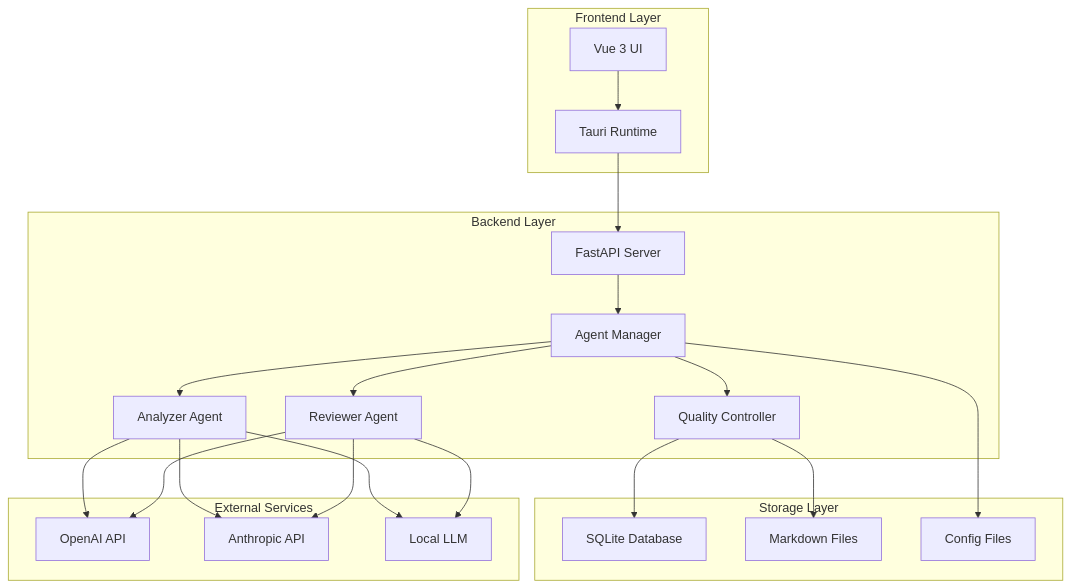
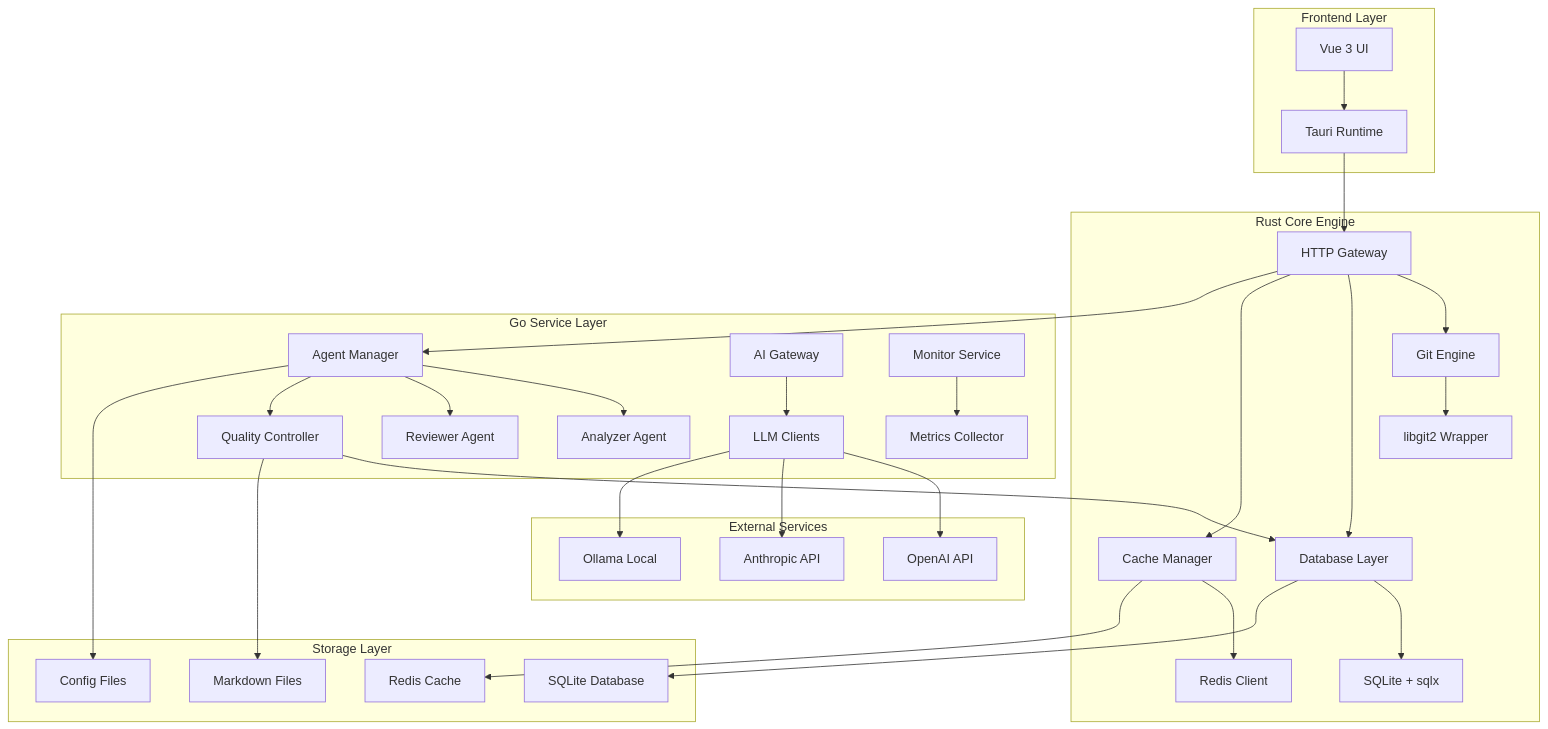
One commit to keliveshd/GitMentor changed the first of 3 diagrams in docs/technical-architecture-design.md. Above: the diagram before and after it, drawn with Mermaid. The commit also changed other lines of this file and 197 other files, not shown here.

````diff
--- a/docs/technical-architecture-design.md
+++ b/docs/technical-architecture-design.md
@@ -17,36 +17,47 @@
 ```mermaid
 graph TB
     subgraph "Frontend Layer"
         A[Vue 3 UI] --> B[Tauri Runtime]
     end
-    
-    subgraph "Backend Layer"
-        C[FastAPI Server] --> D[Agent Manager]
-        D --> E[Analyzer Agent]
-        D --> F[Reviewer Agent]
-        D --> G[Quality Controller]
+
+    subgraph "Rust Core Engine"
+        C[HTTP Gateway] --> D[Git Engine]
+        C --> E[Database Layer]
+        C --> F[Cache Manager]
+        D --> G[libgit2 Wrapper]
+        E --> H[SQLite + sqlx]
+        F --> I[Redis Client]
     end
-    
+
+    subgraph "Go Service Layer"
+        J[Agent Manager] --> K[Analyzer Agent]
+        J --> L[Reviewer Agent]
+        J --> M[Quality Controller]
+        N[AI Gateway] --> O[LLM Clients]
+        P[Monitor Service] --> Q[Metrics Collector]
+    end
+
     subgraph "Storage Layer"
-        H[SQLite Database]
-        I[Markdown Files]
-        J[Config Files]
+        R[SQLite Database]
+        S[Markdown Files]
+        T[Config Files]
+        U[Redis Cache]
     end
-    
+
     subgraph "External Services"
-        K[OpenAI API]
-        L[Anthropic API]
-        M[Local LLM]
+        V[OpenAI API]
+        W[Anthropic API]
+        X[Ollama Local]
     end
-    
+
     B --> C
-    G --> H
-    G --> I
-    E --> K
-    E --> L
-    E --> M
-    F --> K
-    F --> L
-    F --> M
-    D --> J
+    C --> J
+    M --> E
+    M --> S
+    O --> V
+    O --> W
+    O --> X
+    E --> R
+    F --> U
+    J --> T
 ```
````
